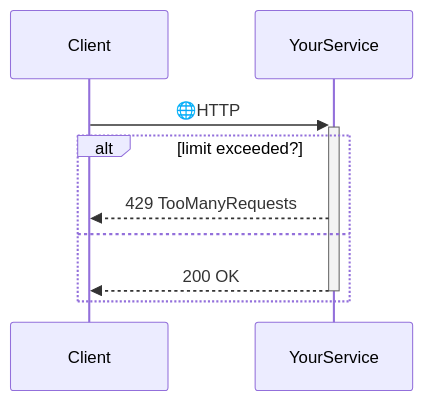
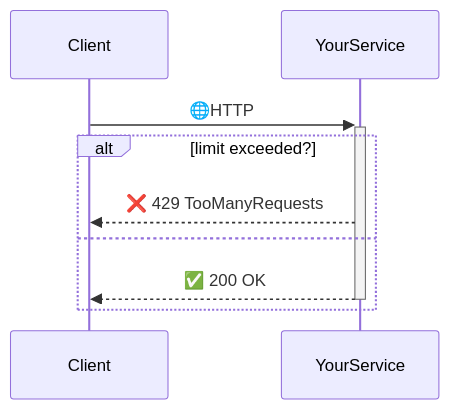
One commit to ThrottlingTroll/ThrottlingTroll changed the first of 5 diagrams in README.md. Above: the diagram before and after it, drawn with Mermaid. The commit also changed other lines of this file, not shown here.

````diff
--- a/README.md
+++ b/README.md
@@ -22,9 +22,9 @@
    ```mermaid
       sequenceDiagram
           Client->>+YourService: #127760;HTTP
           alt limit exceeded?
-              YourService-->>Client: 429 TooManyRequests
+              YourService-->>Client:❌ 429 TooManyRequests
           else
-              YourService-->>-Client: 200 OK
+              YourService-->>-Client:✅ 200 OK
           end
    ```
````
